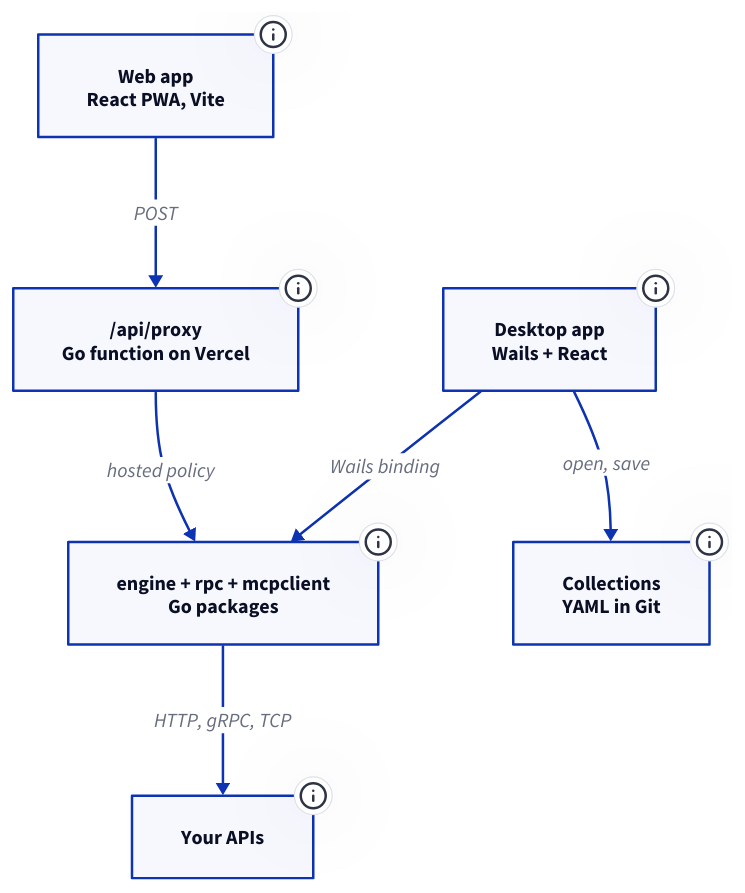
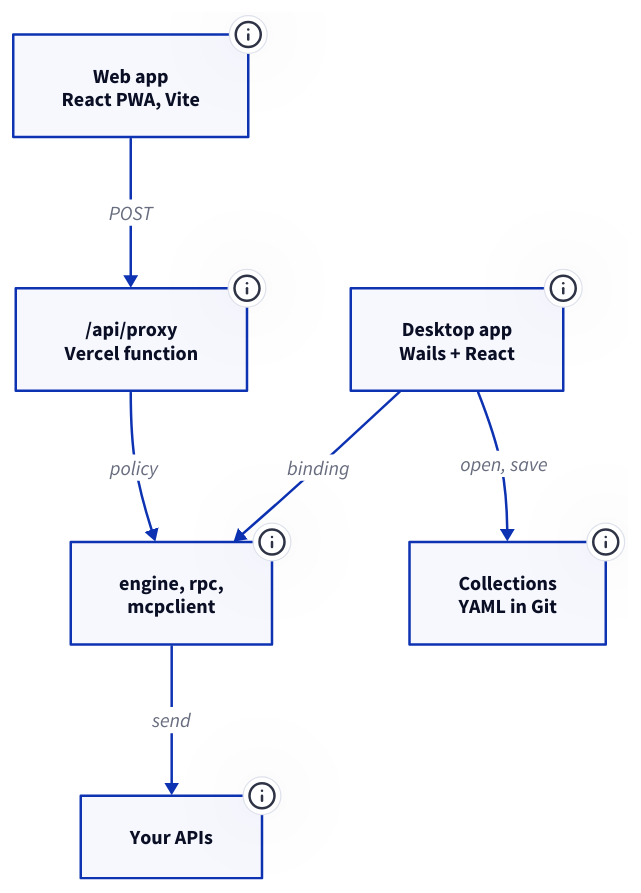
The diagram in data/projects/diagrams/gostman-apps.d2 (kunalgoesbyken/portfoliov1), drawn with D2 before and after one commit. The commit also changed 50 other files, not shown here.

First line of the commit message:
Fill the column with every architecture diagram

```diff
--- a/data/projects/diagrams/gostman-apps.d2
+++ b/data/projects/diagrams/gostman-apps.d2
@@ -1,35 +1,35 @@
 desktop: Desktop app\nWails + React {
   class: client
   tooltip: "A Wails shell around the React UI. App.SendRequest in gostman-gui/app.go calls engine.Send in the same process, so there is no network hop and no CORS. It also reads and saves the workspace folder and starts the mock server and traffic capture."
 }
 
 web: Web app\nReact PWA, Vite {
   class: client
   tooltip: "The same React UI built with the web Vite config. lib/backend/web.js posts every request to /api/proxy, because browsers block cross-origin calls. WebSocket traffic goes straight from the browser, and scripts run in a fresh Web Worker each."
 }
 
-proxy: "/api/proxy\nGo function on Vercel" {
+proxy: "/api/proxy\nVercel function" {
   class: service
-  tooltip: "gostman.com on Vercel. api/proxy.go takes an engine.Request as JSON and returns an engine.Response. Its hosted policy blocks private addresses, cuts responses at 3 MB and caps timeouts at 30 s. The same handler runs in gostman relay and gostman serve."
+  tooltip: "gostman.com on Vercel. api/proxy.go takes an engine.Request as JSON and returns an engine.Response. Its policy blocks private addresses, cuts responses at 3 MB and caps timeouts at 30 s. The same handler runs in gostman relay and gostman serve."
 }
 
-engine: engine + rpc + mcpclient\nGo packages {
+engine: engine, rpc,\nmcpclient {
   class: service
   tooltip: "engine prepares and sends requests: variables, auth, body encoding, cookies, redirects, proxies and certificates for HTTP, GraphQL, SOAP, SSE, TCP, UDP and NATS. rpc handles gRPC and mcpclient handles MCP servers. The engine keeps no state between requests."
 }
 
 files: Collections\nYAML in Git {
   class: store
   tooltip: "The workspace package reads a folder of plain YAML, one file per request. Tokens, cookies and history never go into it. A bounded reader pool opens 5,000 requests in 5.4 s, down from 14.8 s."
 }
 
 api: Your APIs {
   class: external
   tooltip: "Any HTTP, gRPC, WebSocket, MQTT or MCP endpoint. There is no account and no telemetry, so nothing else is contacted for requests."
 }
 
-desktop -> engine: Wails binding
+desktop -> engine: binding
 desktop -> files: open, save
 web -> proxy: POST
-proxy -> engine: hosted policy
-engine -> api: HTTP, gRPC, TCP
+proxy -> engine: policy
+engine -> api: send
```
